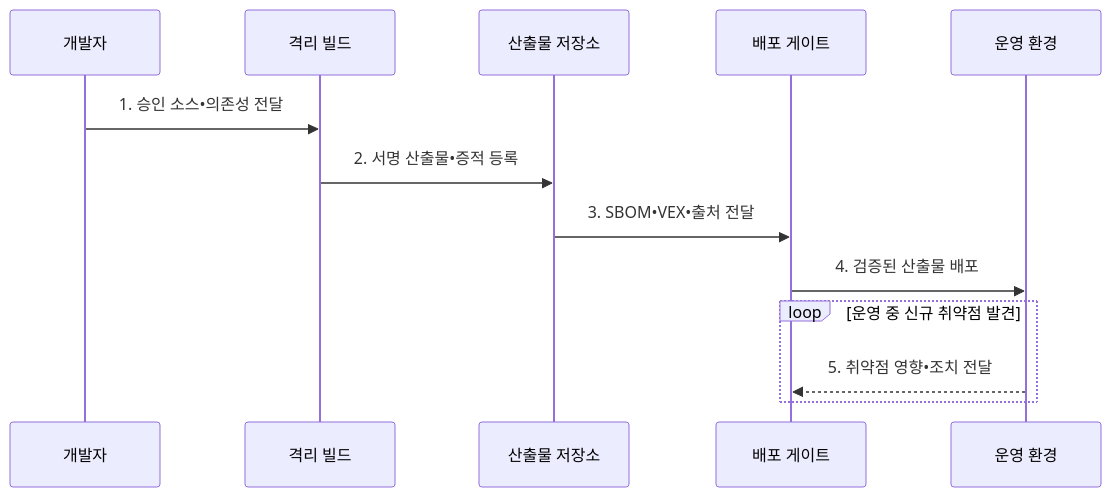
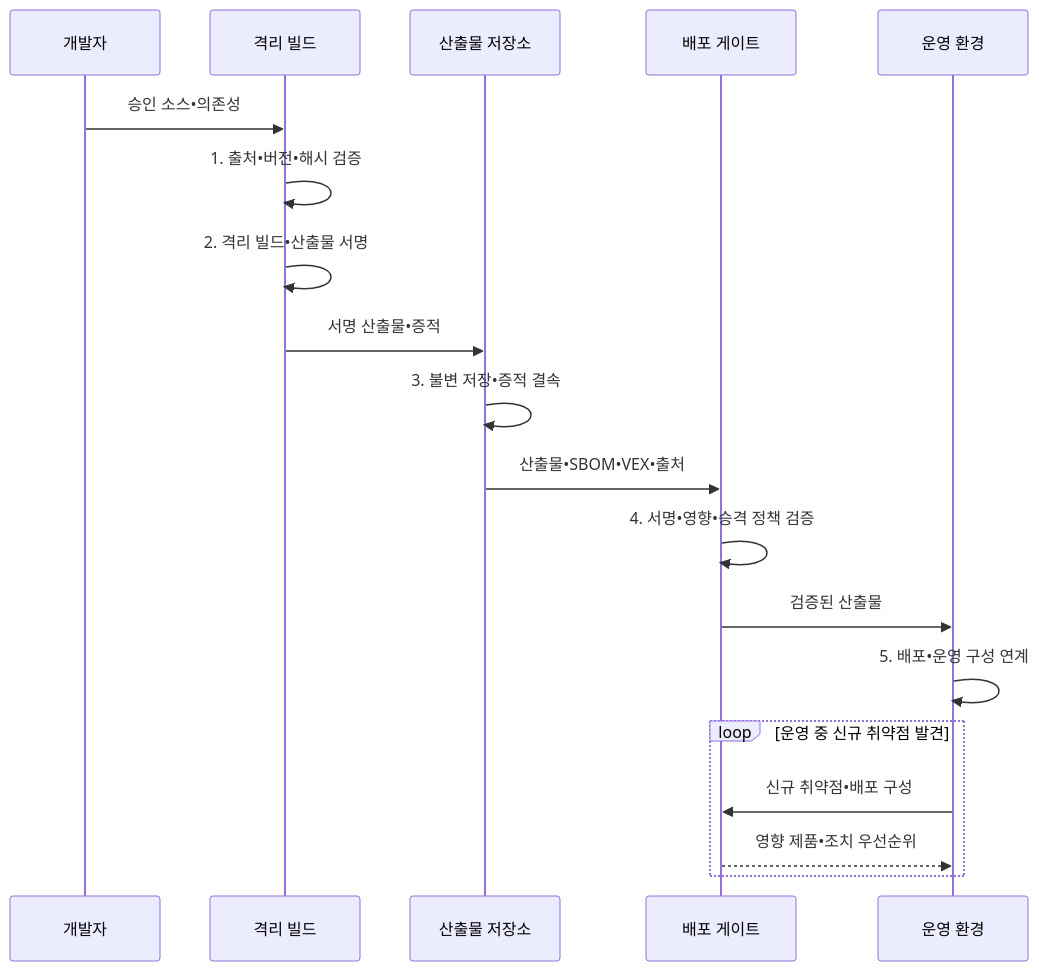
The second of 2 diagrams in src/content/docs/notes/05-security/076_supply_chain_security_sbom_vex.md (agnusdei1207/knowledge-base), drawn with Mermaid before and after one commit. The commit also changed other lines of this file and 20 other files, not shown here.

````diff
--- a/src/content/docs/notes/05-security/076_supply_chain_security_sbom_vex.md
+++ b/src/content/docs/notes/05-security/076_supply_chain_security_sbom_vex.md
@@ -103,15 +103,21 @@
 ```mermaid
 sequenceDiagram
     participant D as 개발자
     participant B as 격리 빌드
     participant R as 산출물 저장소
     participant G as 배포 게이트
     participant O as 운영 환경
-    D->>B: 1. 승인 소스•의존성 전달
-    B->>R: 2. 서명 산출물•증적 등록
-    R->>G: 3. SBOM•VEX•출처 전달
-    G->>O: 4. 검증된 산출물 배포
+    D->>B: 승인 소스•의존성
+    B->>B: 1. 출처•버전•해시 검증
+    B->>B: 2. 격리 빌드•산출물 서명
+    B->>R: 서명 산출물•증적
+    R->>R: 3. 불변 저장•증적 결속
+    R->>G: 산출물•SBOM•VEX•출처
+    G->>G: 4. 서명•영향•승격 정책 검증
+    G->>O: 검증된 산출물
+    O->>O: 5. 배포•운영 구성 연계
     loop 운영 중 신규 취약점 발견
-        O-->>G: 5. 취약점 영향•조치 전달
+        O->>G: 신규 취약점•배포 구성
+        G-->>O: 영향 제품•조치 우선순위
     end
 ```
````
